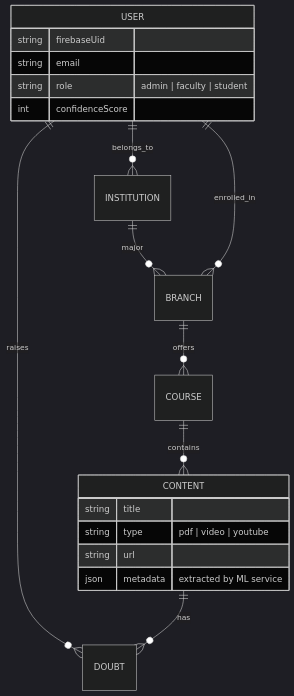
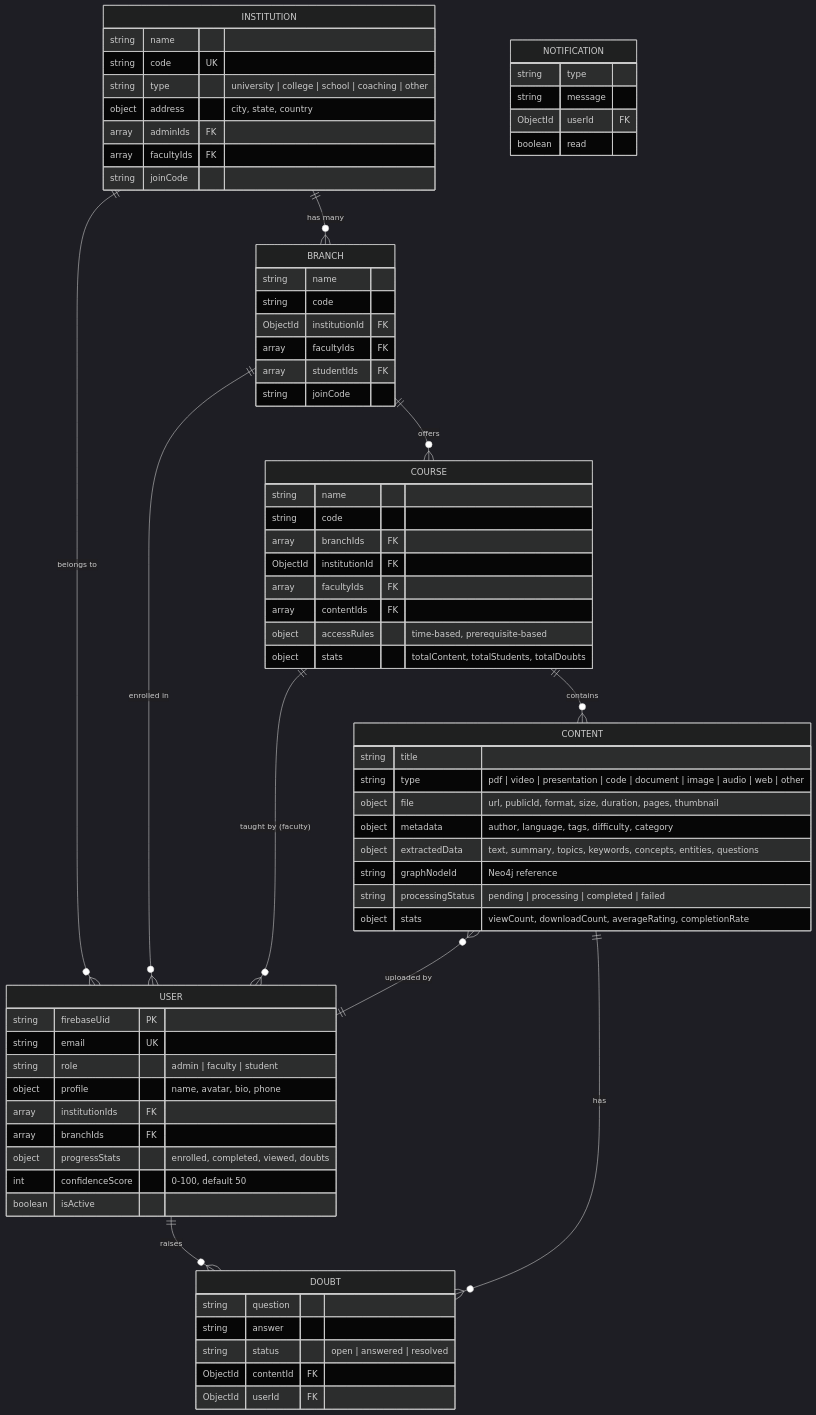
Before and after one commit to shivam222343/ETA-OTT-_V2: the fourth of 5 diagrams in README.md, drawn with Mermaid (dark theme). The commit also changed other lines of this file, not shown here.

````diff
--- a/README.md
+++ b/README.md
@@ -107,24 +187,80 @@
 ```mermaid
 erDiagram
-    INSTITUTION ||--o{ BRANCH : "major"
+    INSTITUTION ||--o{ BRANCH : "has many"
     BRANCH ||--o{ COURSE : "offers"
     COURSE ||--o{ CONTENT : "contains"
-    USER ||--o{ INSTITUTION : "belongs_to"
+    INSTITUTION ||--o{ USER : "belongs to"
+    BRANCH ||--o{ USER : "enrolled in"
     USER ||--o{ DOUBT : "raises"
     CONTENT ||--o{ DOUBT : "has"
-    USER ||--o{ BRANCH : "enrolled_in"
-    
+    COURSE ||--o{ USER : "taught by (faculty)"
+    CONTENT }o--|| USER : "uploaded by"
+
     USER {
-        string firebaseUid
-        string email
+        string firebaseUid PK
+        string email UK
         string role "admin | faculty | student"
-        int confidenceScore
+        object profile "name, avatar, bio, phone"
+        array institutionIds FK
+        array branchIds FK
+        object progressStats "enrolled, completed, viewed, doubts"
+        int confidenceScore "0-100, default 50"
+        boolean isActive
     }
-    
+
+    INSTITUTION {
+        string name
+        string code UK
+        string type "university | college | school | coaching | other"
+        object address "city, state, country"
+        array adminIds FK
+        array facultyIds FK
+        string joinCode
+    }
+
+    BRANCH {
+        string name
+        string code
+        ObjectId institutionId FK
+        array facultyIds FK
+        array studentIds FK
+        string joinCode
+    }
+
+    COURSE {
+        string name
+        string code
+        array branchIds FK
+        ObjectId institutionId FK
+        array facultyIds FK
+        array contentIds FK
+        object accessRules "time-based, prerequisite-based"
+        object stats "totalContent, totalStudents, totalDoubts"
+    }
+
     CONTENT {
         string title
-        string type "pdf | video | youtube"
-        string url
-        json metadata "extracted by ML service"
+        string type "pdf | video | presentation | code | document | image | audio | web | other"
+        object file "url, publicId, format, size, duration, pages, thumbnail"
+        object metadata "author, language, tags, difficulty, category"
+        object extractedData "text, summary, topics, keywords, concepts, entities, questions"
+        string graphNodeId "Neo4j reference"
+        string processingStatus "pending | processing | completed | failed"
+        object stats "viewCount, downloadCount, averageRating, completionRate"
+    }
+
+    DOUBT {
+        string question
+        string answer
+        string status "open | answered | resolved"
+        ObjectId contentId FK
+        ObjectId userId FK
+    }
+
+    NOTIFICATION {
+        string type
+        string message
+        ObjectId userId FK
+        boolean read
     }
 ```
````
